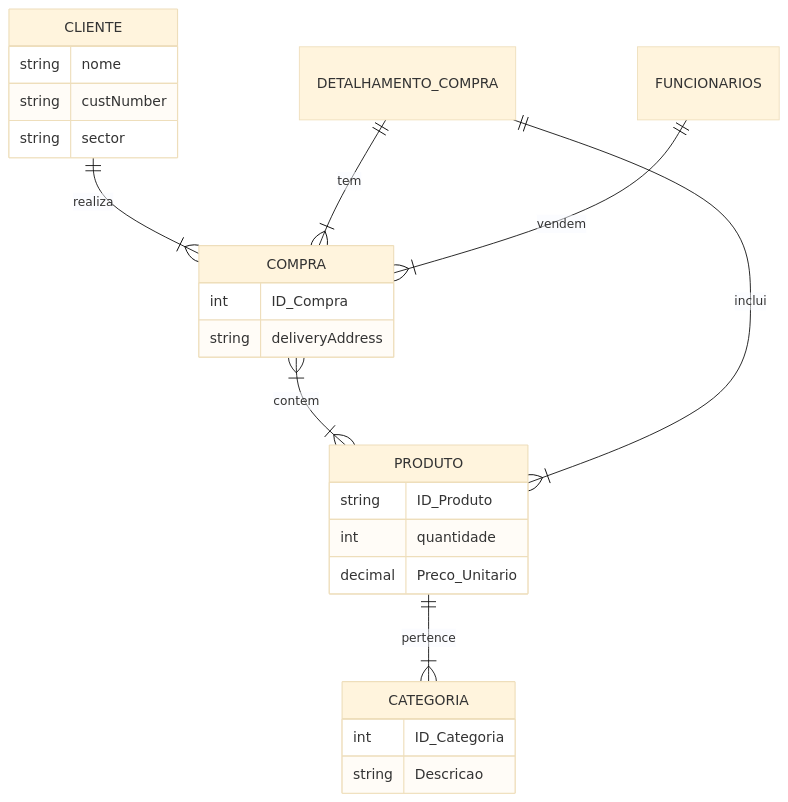
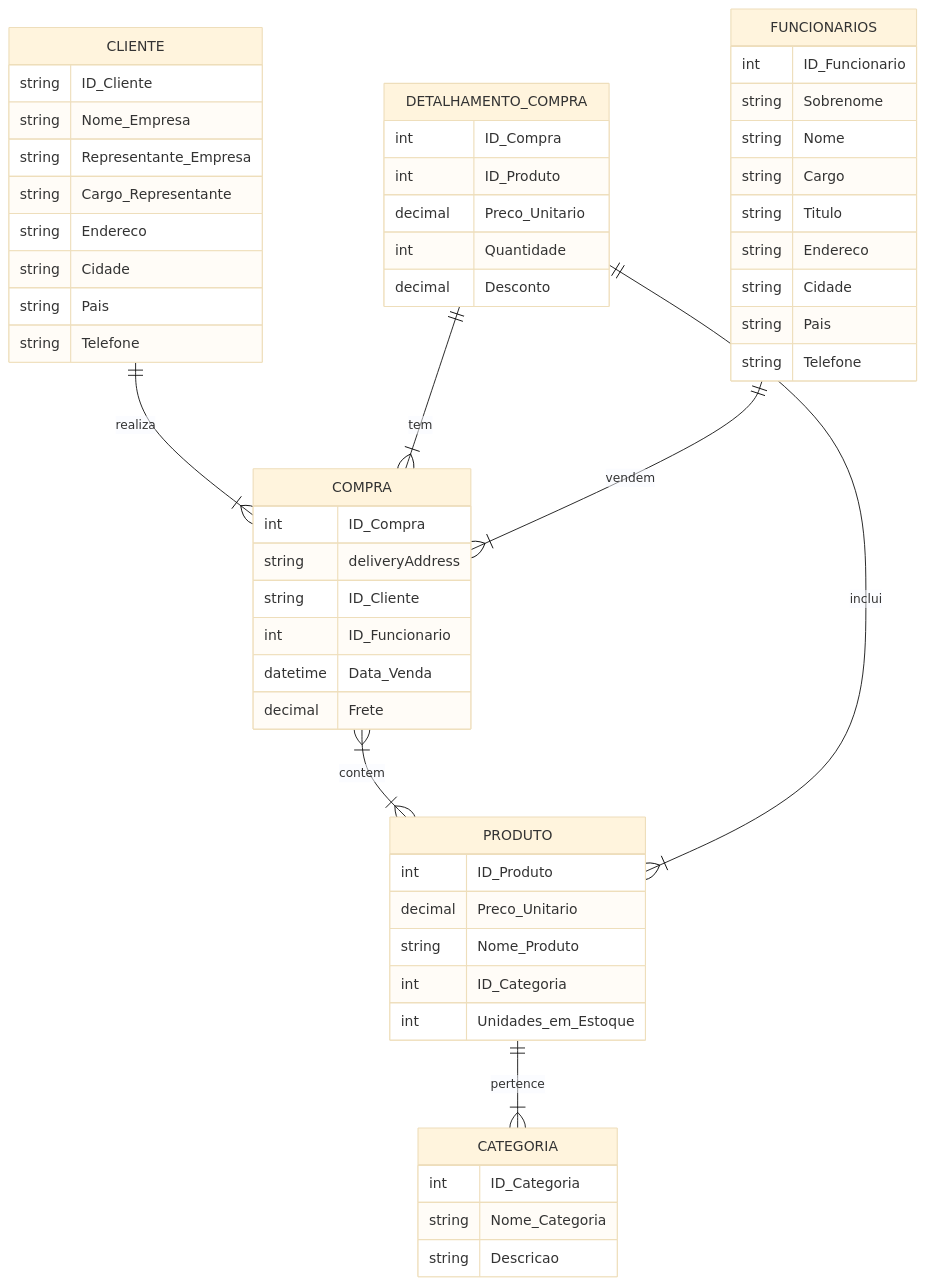
The diagram in README.md (julianarpaz/banco-de-dados-projeto), drawn with Mermaid (base theme) before and after one commit.

Commit message:
adicionando caracteristicas

````diff
--- a/README.md
+++ b/README.md
@@ -21,34 +21,61 @@
 ```mermaid 
 
 erDiagram
     CLIENTE ||--|{ COMPRA : realiza
     DETALHAMENTO_COMPRA ||--|{ COMPRA : tem
     COMPRA  }|--|{ PRODUTO : contem
     PRODUTO ||--|{ CATEGORIA : pertence
     DETALHAMENTO_COMPRA ||--|{ PRODUTO : inclui
     FUNCIONARIOS ||--|{ COMPRA : vendem
 
     CLIENTE {
-        string nome
-        string custNumber
-        string sector
+        string ID_Cliente 
+        string Nome_Empresa 
+        string Representante_Empresa 
+        string Cargo_Representante 
+        string Endereco 
+        string Cidade 
+        string Pais 
+        string Telefone 
     }
     COMPRA {
         int ID_Compra
         string deliveryAddress
+        string ID_Cliente 
+        int ID_Funcionario 
+        datetime Data_Venda 
+        decimal Frete 
     }
     PRODUTO {
-        string ID_Produto
-        int quantidade
+        int ID_Produto
         decimal Preco_Unitario
+        string Nome_Produto 
+        int ID_Categoria 
+        int Unidades_em_Estoque 
     }
     CATEGORIA {
         int ID_Categoria
+        string Nome_Categoria 
         string Descricao
     }
     DETALHAMENTO_COMPRA {
-
+        int ID_Compra
+        int ID_Produto 
+        decimal Preco_Unitario 
+        int Quantidade 
+        decimal Desconto 
+    }
+    FUNCIONARIOS {
+        int ID_Funcionario
+        string Sobrenome
+        string Nome
+        string Cargo 
+        string Titulo 
+        string Endereco 
+        string Cidade 
+        string Pais 
+        string Telefone 
     }
     
 
 ``` 
````
